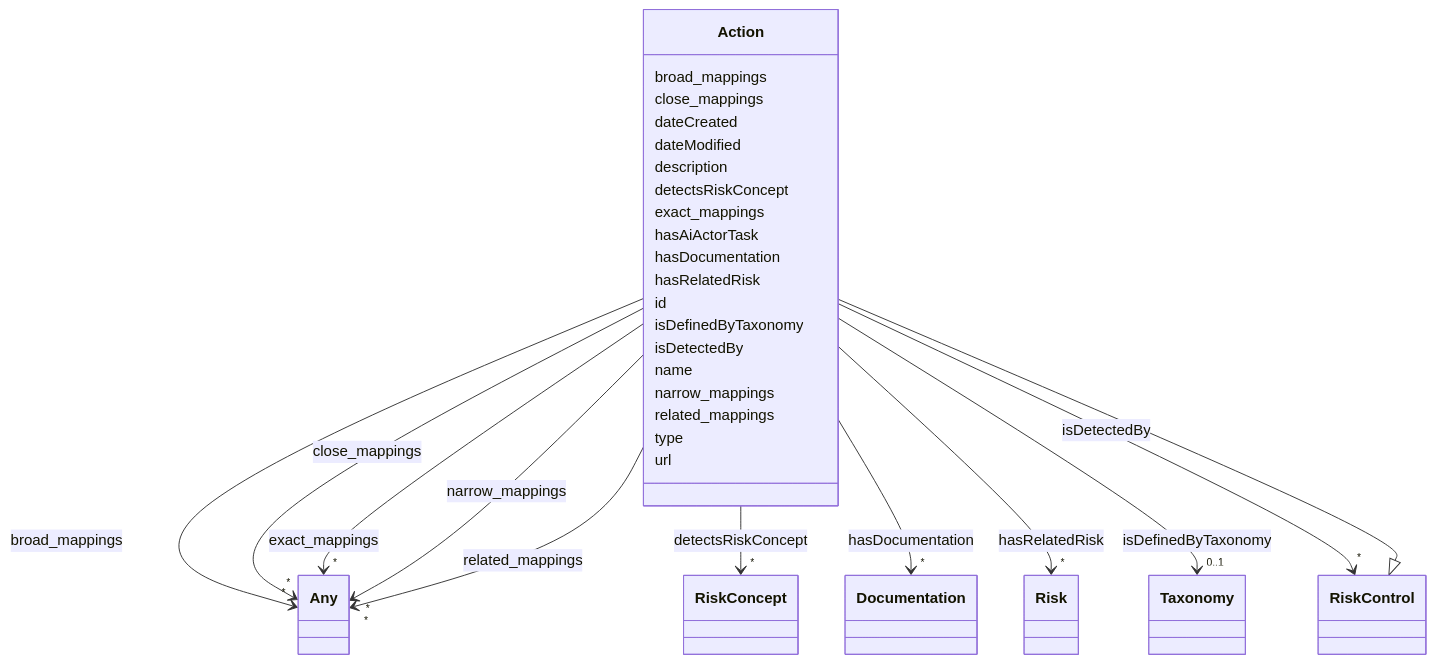
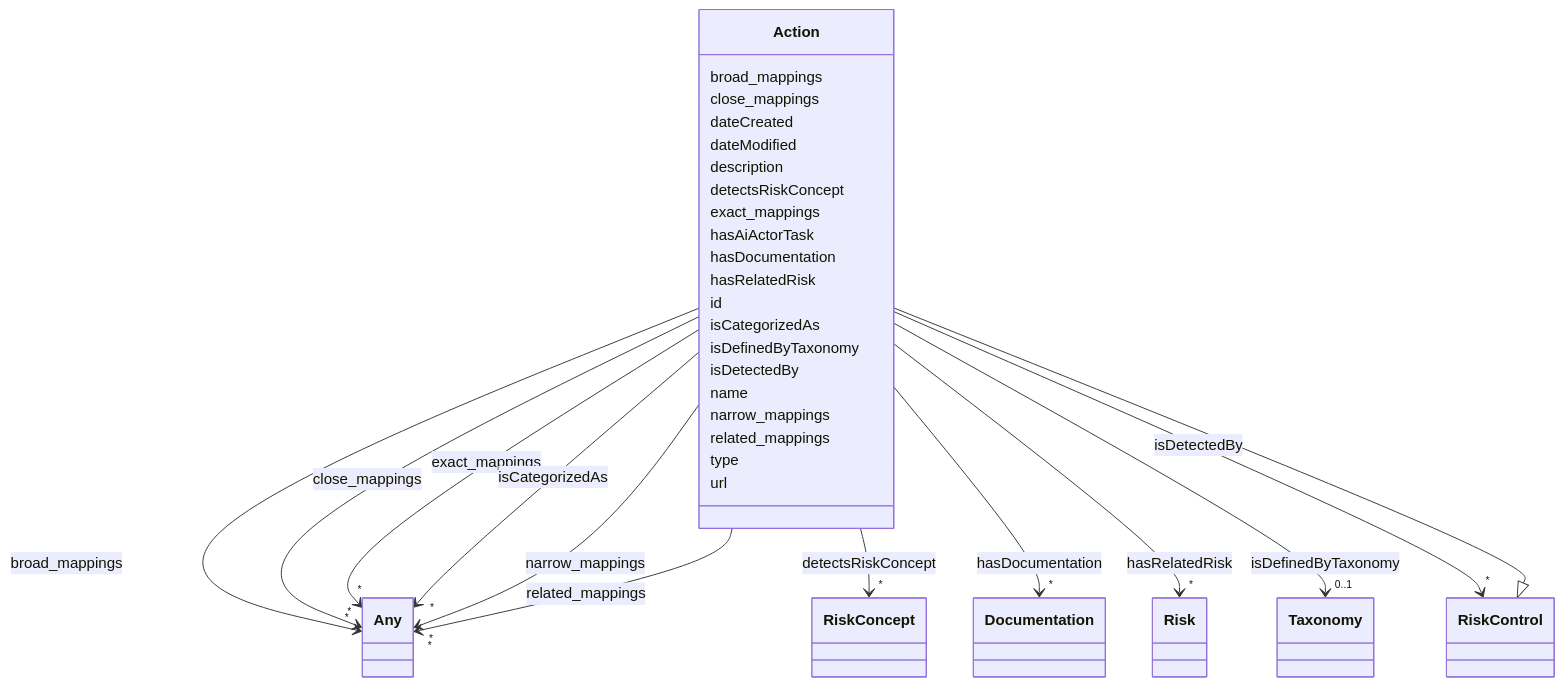
Before and after one commit to dhavalsalwala/ai-atlas-nexus-fork: the diagram in docs/ontology/Action.md, drawn with Mermaid. The commit also changed other lines of this file and 130 other files, not shown here.

```diff
--- a/docs/ontology/Action.md
+++ b/docs/ontology/Action.md
@@ -87,6 +87,17 @@
 
       Action : id
 
+      Action : isCategorizedAs
+
+
+
+
+
+        Action --> "*" Any : isCategorizedAs
+        click Any href "../Any/"
+
+
+
       Action : isDefinedByTaxonomy
 
 
```
